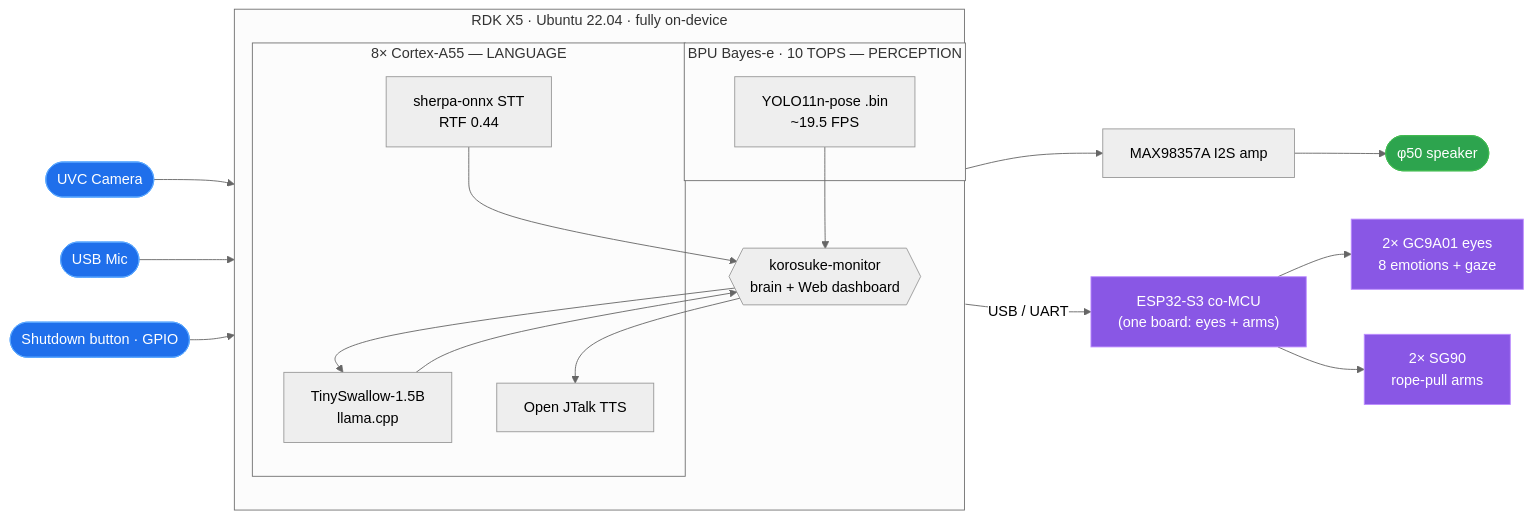
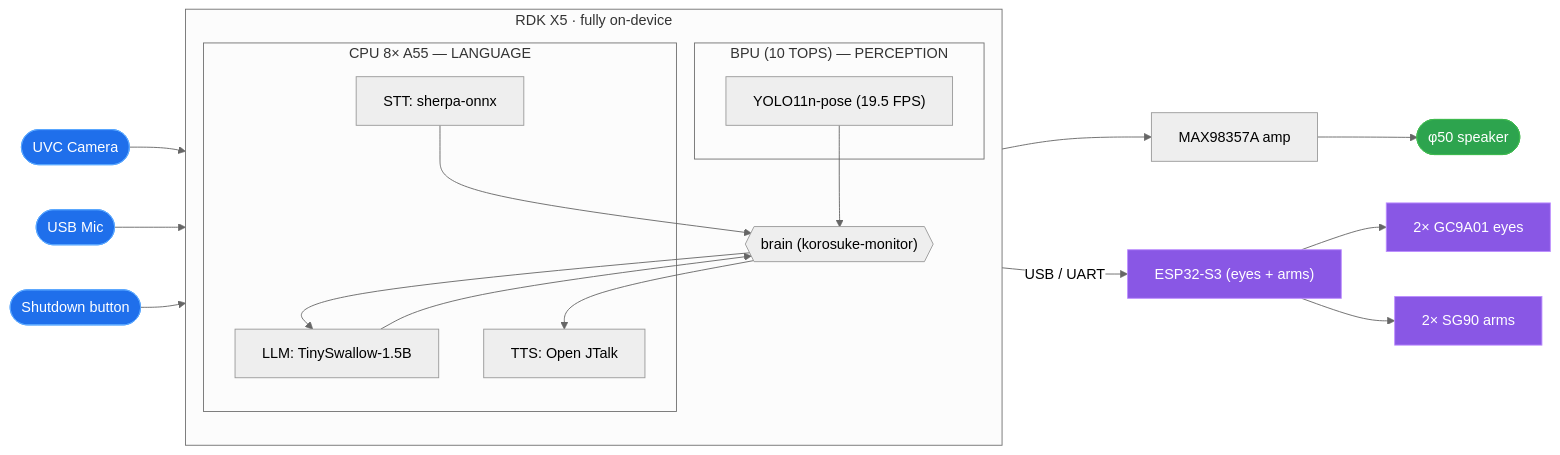
Before and after one commit to gurimaruking/corosuke-robot: the second of 3 diagrams in STAGE3.md, drawn with Mermaid (neutral theme). The commit also changed 2 other files, not shown here.

Commit message:
docs: SWパイプライン図をコンパクト化 — <br/>全廃・短ラベル(STT:/LLM:/TTS:表記)で全体が欠けず表示されるように(3ファイル)

````diff
--- a/STAGE3.md
+++ b/STAGE3.md
@@ -175,31 +175,31 @@
 ```mermaid
 flowchart LR
     CAM([UVC Camera]):::s --> YOLO
     MIC([USB Mic]):::s --> STT
-    BTN([Shutdown button · GPIO]):::s --> BRAIN
+    BTN([Shutdown button]):::s --> BRAIN
 
-    subgraph RDK["RDK X5 · Ubuntu 22.04 · fully on-device"]
+    subgraph RDK["RDK X5 · fully on-device"]
       direction TB
-      subgraph BPU["BPU Bayes-e · 10 TOPS — PERCEPTION"]
-        YOLO["YOLO11n-pose .bin<br/>~19.5 FPS"]
+      subgraph BPU["BPU (10 TOPS) — PERCEPTION"]
+        YOLO["YOLO11n-pose (19.5 FPS)"]
       end
-      subgraph CPU["8× Cortex-A55 — LANGUAGE"]
-        STT["sherpa-onnx STT<br/>RTF 0.44"]
-        LLM["TinySwallow-1.5B<br/>llama.cpp"]
-        TTS["Open JTalk TTS"]
+      subgraph CPU["CPU 8× A55 — LANGUAGE"]
+        STT["STT: sherpa-onnx"]
+        LLM["LLM: TinySwallow-1.5B"]
+        TTS["TTS: Open JTalk"]
       end
-      BRAIN{{"korosuke-monitor<br/>brain + Web dashboard"}}
+      BRAIN{{"brain (korosuke-monitor)"}}
     end
 
     YOLO --> BRAIN
     STT --> BRAIN
     BRAIN --> LLM --> BRAIN
-    BRAIN --> TTS --> AMP["MAX98357A I2S amp"] --> SPK([φ50 speaker]):::o
-    BRAIN -->|USB / UART| ESP32["ESP32-S3 co-MCU<br/>(one board: eyes + arms)"]:::m
-    ESP32 --> EYES["2× GC9A01 eyes<br/>8 emotions + gaze"]:::m
-    ESP32 --> ARMS["2× SG90<br/>rope-pull arms"]:::m
+    BRAIN --> TTS --> AMP["MAX98357A amp"] --> SPK([φ50 speaker]):::o
+    BRAIN -->|USB / UART| ESP32["ESP32-S3 (eyes + arms)"]:::m
+    ESP32 --> EYES["2× GC9A01 eyes"]:::m
+    ESP32 --> ARMS["2× SG90 arms"]:::m
 
     classDef s fill:#1f6feb,color:#fff,stroke:#58a6ff;
     classDef m fill:#8957e5,color:#fff,stroke:#bc8cff;
     classDef o fill:#2da44e,color:#fff,stroke:#3fb950;
 ```
````
